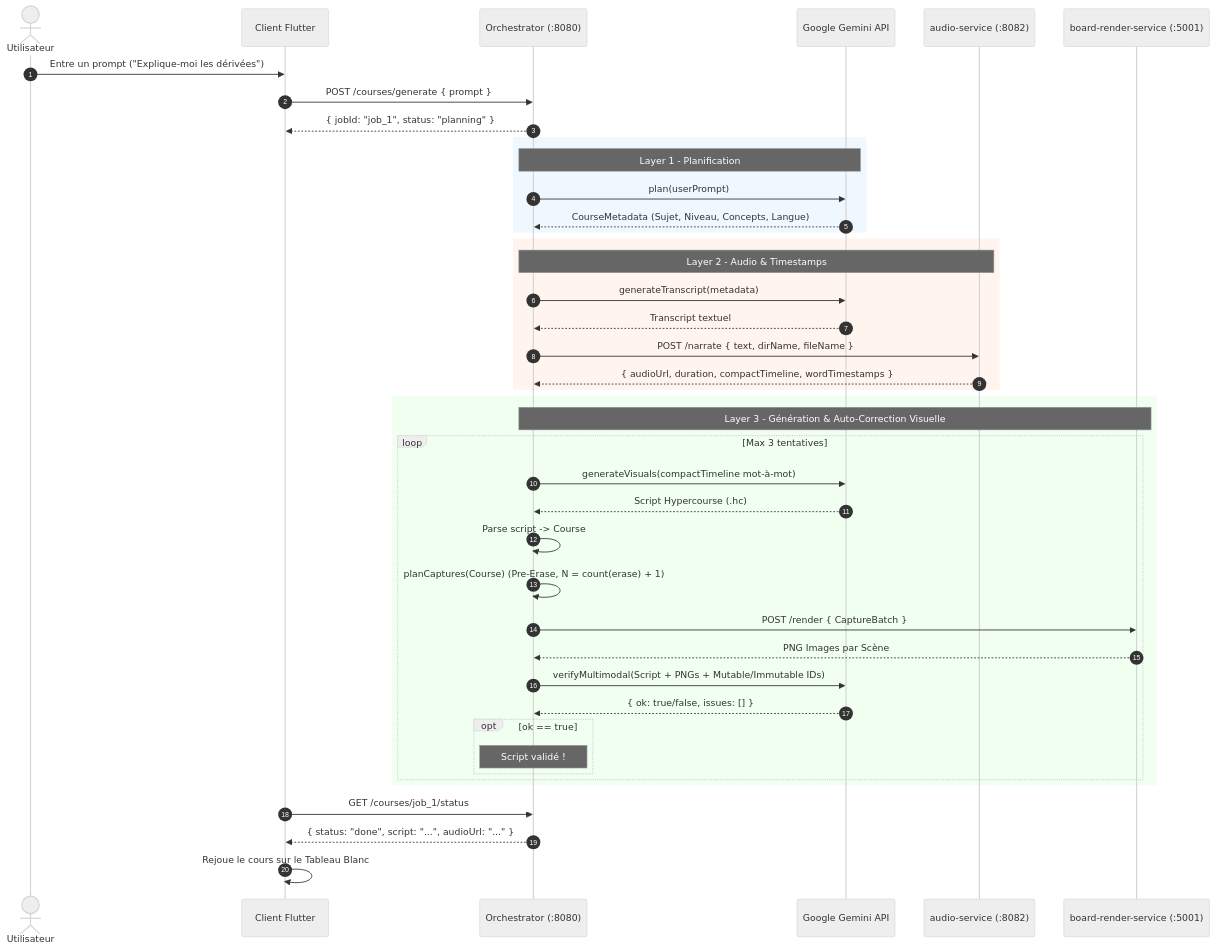
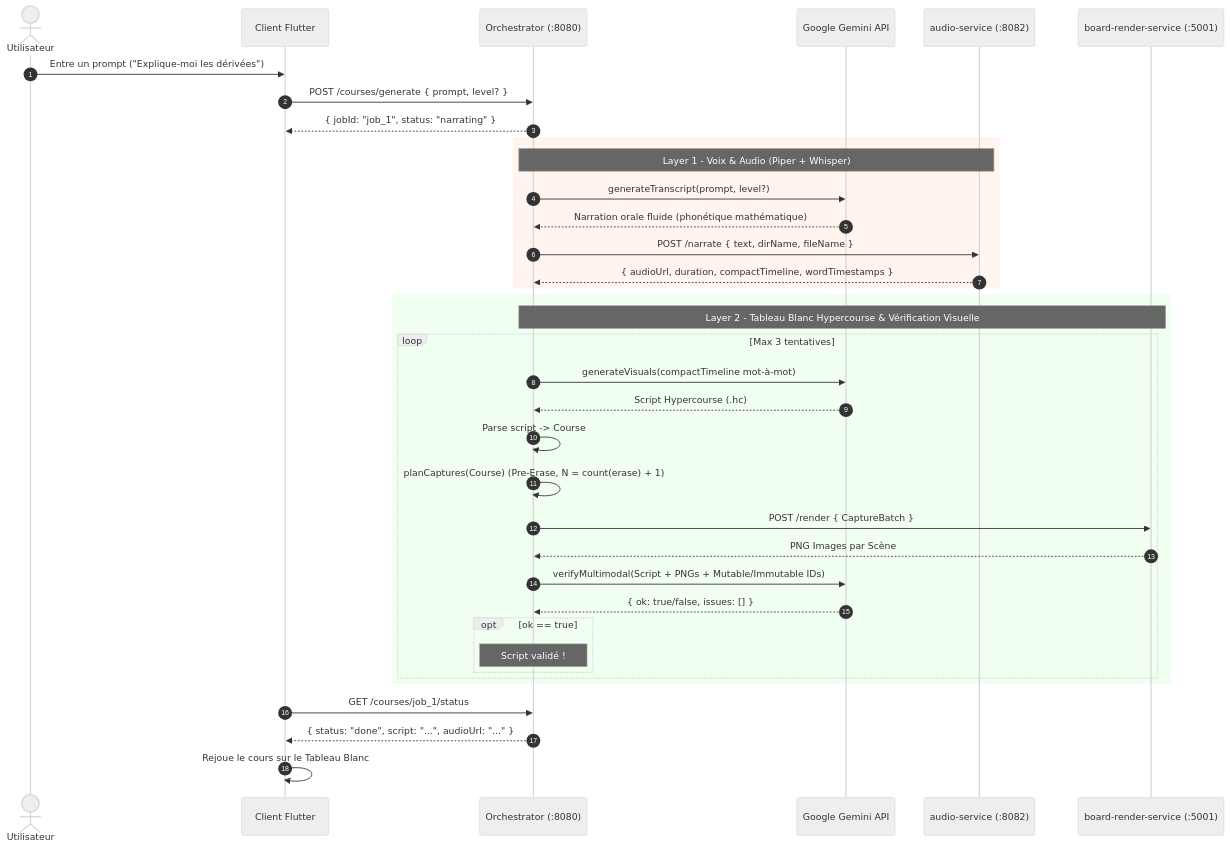
Before and after one commit to MELSIDI/ILLIMMI-PROJECT: the second of 2 diagrams in docs/ARCHITECTURE.md, drawn with Mermaid (neutral theme). The commit also changed other lines of this file and 228 other files, not shown here.

````diff
--- a/docs/ARCHITECTURE.md
+++ b/docs/ARCHITECTURE.md
@@ -75,49 +74,43 @@
 ```mermaid
 sequenceDiagram
     autonumber
     actor User as Utilisateur
     participant App as Client Flutter
     participant Orch as Orchestrator (:8080)
     participant Gemini as Google Gemini API
     participant Audio as audio-service (:8082)
     participant Render as board-render-service (:5001)
 
     User->>App: Entre un prompt ("Explique-moi les dérivées")
-    App->>Orch: POST /courses/generate { prompt }
-    Orch-->>App: { jobId: "job_1", status: "planning" }
-    
-    rect rgb(240, 248, 255)
-        Note over Orch,Gemini: Layer 1 - Planification
-        Orch->>Gemini: plan(userPrompt)
-        Gemini-->>Orch: CourseMetadata (Sujet, Niveau, Concepts, Langue)
-    end
+    App->>Orch: POST /courses/generate { prompt, level? }
+    Orch-->>App: { jobId: "job_1", status: "narrating" }
 
     rect rgb(255, 245, 238)
-        Note over Orch,Audio: Layer 2 - Audio & Timestamps
-        Orch->>Gemini: generateTranscript(metadata)
-        Gemini-->>Orch: Transcript textuel
+        Note over Orch,Audio: Layer 1 - Voix & Audio (Piper + Whisper)
+        Orch->>Gemini: generateTranscript(prompt, level?)
+        Gemini-->>Orch: Narration orale fluide (phonétique mathématique)
         Orch->>Audio: POST /narrate { text, dirName, fileName }
         Audio-->>Orch: { audioUrl, duration, compactTimeline, wordTimestamps }
     end
 
     rect rgb(240, 255, 240)
-        Note over Orch,Render: Layer 3 - Génération & Auto-Correction Visuelle
+        Note over Orch,Render: Layer 2 - Tableau Blanc Hypercourse & Vérification Visuelle
         loop Max 3 tentatives
             Orch->>Gemini: generateVisuals(compactTimeline mot-à-mot)
             Gemini-->>Orch: Script Hypercourse (.hc)
             Orch->>Orch: Parse script -> Course
             Orch->>Orch: planCaptures(Course) (Pre-Erase, N = count(erase) + 1)
             Orch->>Render: POST /render { CaptureBatch }
             Render-->>Orch: PNG Images par Scène
             Orch->>Gemini: verifyMultimodal(Script + PNGs + Mutable/Immutable IDs)
             Gemini-->>Orch: { ok: true/false, issues: [] }
             opt ok == true
                 Note over Orch: Script validé !
             end
         end
     end
 
     App->>Orch: GET /courses/job_1/status
     Orch-->>App: { status: "done", script: "...", audioUrl: "..." }
     App->>App: Rejoue le cours sur le Tableau Blanc
 ```
````
